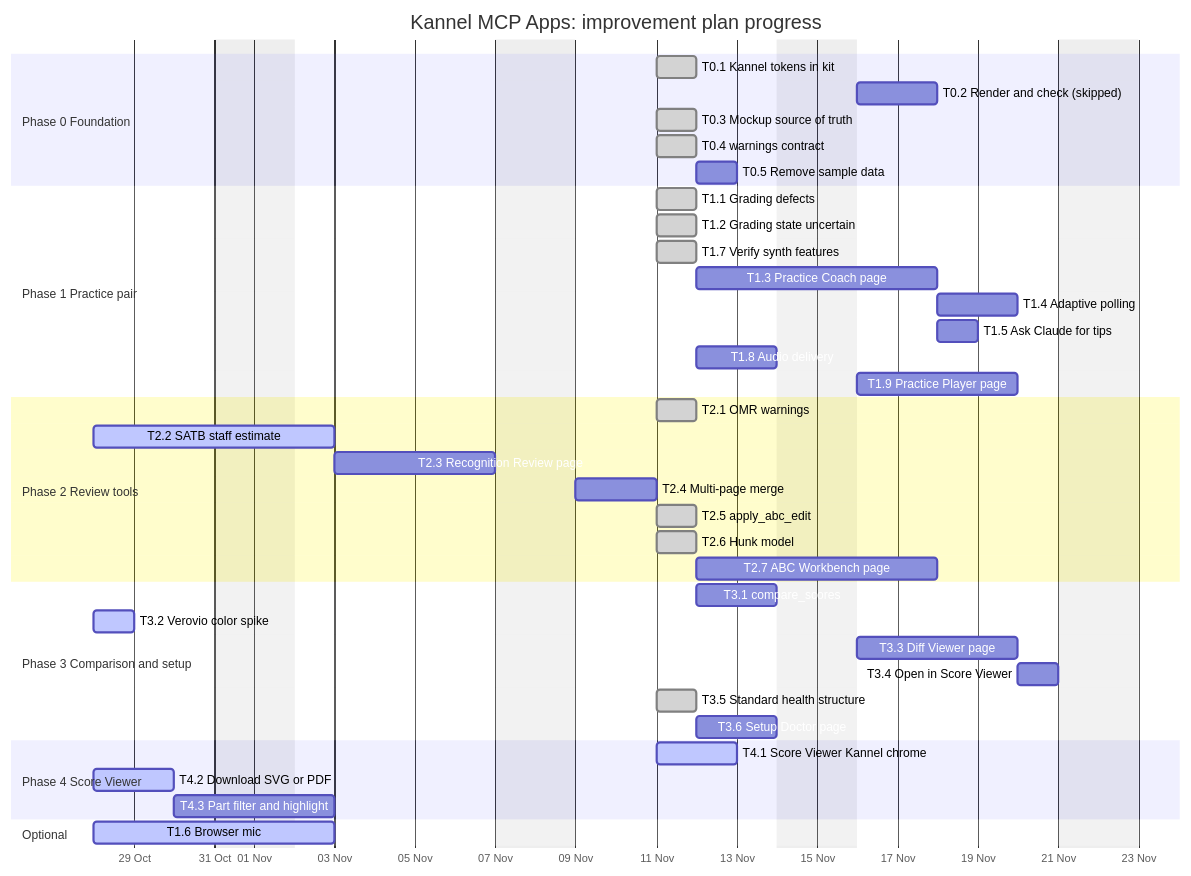
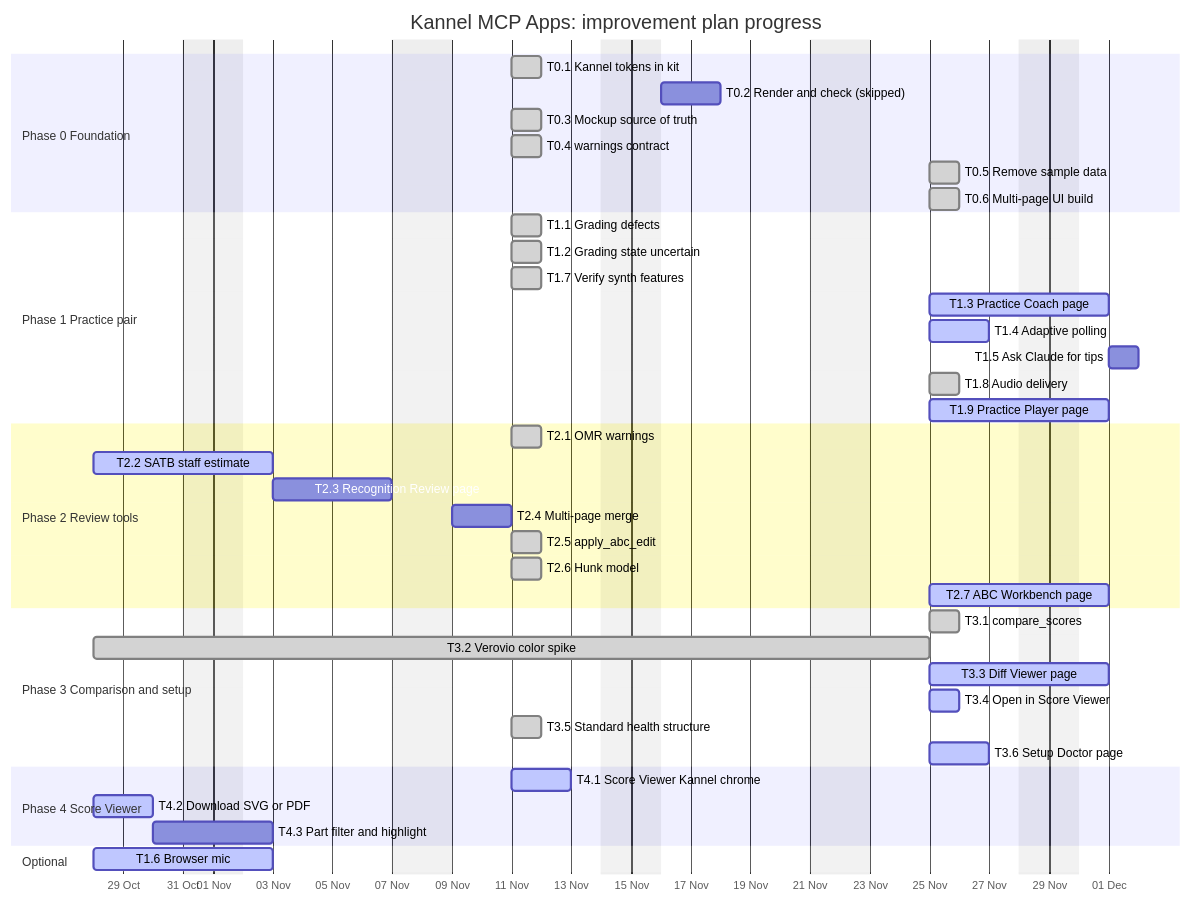
The diagram in docs/research/mcp-apps-improvement-plan.md (raulkivi/sheet-music-mcp), drawn with Mermaid before and after one commit. The commit also changed other lines of this file, not shown here.

````diff
--- a/docs/research/mcp-apps-improvement-plan.md
+++ b/docs/research/mcp-apps-improvement-plan.md
@@ -189,50 +190,51 @@
 ```mermaid
 gantt
     title Kannel MCP Apps: improvement plan progress
     dateFormat YYYY-MM-DD
     axisFormat %d %b
     excludes weekends
     todayMarker off
 
     section Phase 0 Foundation
     T0.1 Kannel tokens in kit           :done, t01, 2026-11-11, 1d
     T0.2 Render and check (skipped)     :t02, 2026-11-16, 2d
     T0.3 Mockup source of truth         :done, t03, 2026-11-11, 1d
     T0.4 warnings contract              :done, t04, 2026-11-11, 1d
-    T0.5 Remove sample data             :t05, after t03, 1d
+    T0.5 Remove sample data             :done, t05, 2026-11-25, 1d
+    T0.6 Multi-page UI build            :done, t06, 2026-11-25, 1d
 
     section Phase 1 Practice pair
     T1.1 Grading defects                :done, t11, 2026-11-11, 1d
     T1.2 Grading state uncertain        :done, t12, 2026-11-11, 1d
     T1.7 Verify synth features          :done, t17, 2026-11-11, 1d
-    T1.3 Practice Coach page            :t13, after t12, 4d
-    T1.4 Adaptive polling               :t14, after t13, 2d
+    T1.3 Practice Coach page            :active, t13, 2026-11-25, 4d
+    T1.4 Adaptive polling               :active, t14, 2026-11-25, 2d
     T1.5 Ask Claude for tips            :t15, after t13, 1d
-    T1.8 Audio delivery                 :t18, after t17, 2d
-    T1.9 Practice Player page           :t19, after t18 t01, 4d
+    T1.8 Audio delivery                 :done, t18, 2026-11-25, 1d
+    T1.9 Practice Player page           :active, t19, 2026-11-25, 4d
 
     section Phase 2 Review tools
     T2.1 OMR warnings                   :done, t21, 2026-11-11, 1d
     T2.2 SATB staff estimate            :active, t22, 2026-10-28, 4d
     T2.3 Recognition Review page        :t23, after t22, 4d
     T2.4 Multi-page merge               :t24, after t23, 2d
     T2.5 apply_abc_edit                 :done, t25, 2026-11-11, 1d
     T2.6 Hunk model                     :done, t26, 2026-11-11, 1d
-    T2.7 ABC Workbench page             :t27, after t25 t26, 4d
+    T2.7 ABC Workbench page             :active, t27, 2026-11-25, 4d
 
     section Phase 3 Comparison and setup
-    T3.1 compare_scores                 :t31, after t04, 2d
-    T3.2 Verovio color spike           :active, t32, 2026-10-28, 1d
-    T3.3 Diff Viewer page               :t33, after t31 t32, 4d
-    T3.4 Open in Score Viewer           :t34, after t33, 1d
+    T3.1 compare_scores                 :done, t31, 2026-11-25, 1d
+    T3.2 Verovio color spike            :done, t32, 2026-10-28, 2026-11-25
+    T3.3 Diff Viewer page               :active, t33, 2026-11-25, 4d
+    T3.4 Open in Score Viewer           :active, t34, 2026-11-25, 1d
     T3.5 Standard health structure      :done, t35, 2026-11-11, 1d
-    T3.6 Setup Doctor page              :t36, after t35, 2d
+    T3.6 Setup Doctor page              :active, t36, 2026-11-25, 2d
 
     section Phase 4 Score Viewer
     T4.1 Score Viewer Kannel chrome     :active, t41, 2026-11-11, 2d
     T4.2 Download SVG or PDF            :active, t42, 2026-10-28, 2d
     T4.3 Part filter and highlight      :t43, after t42, 2d
 
     section Optional
     T1.6 Browser mic                    :active, t16, 2026-10-28, 4d
 ```
````
